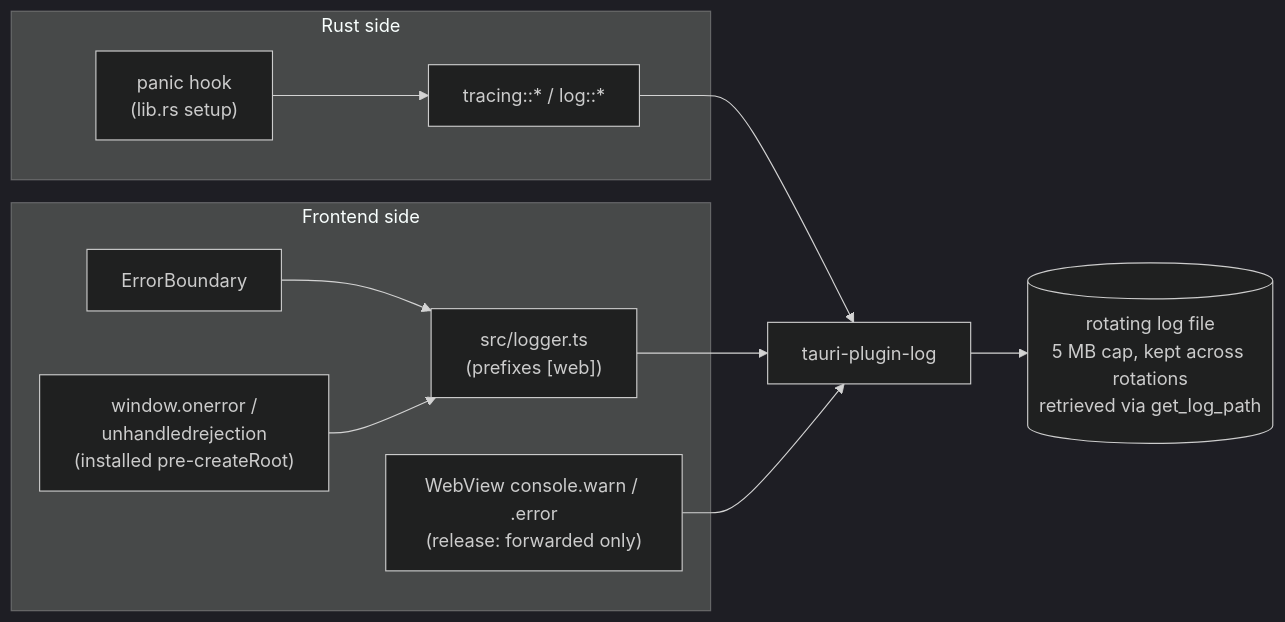
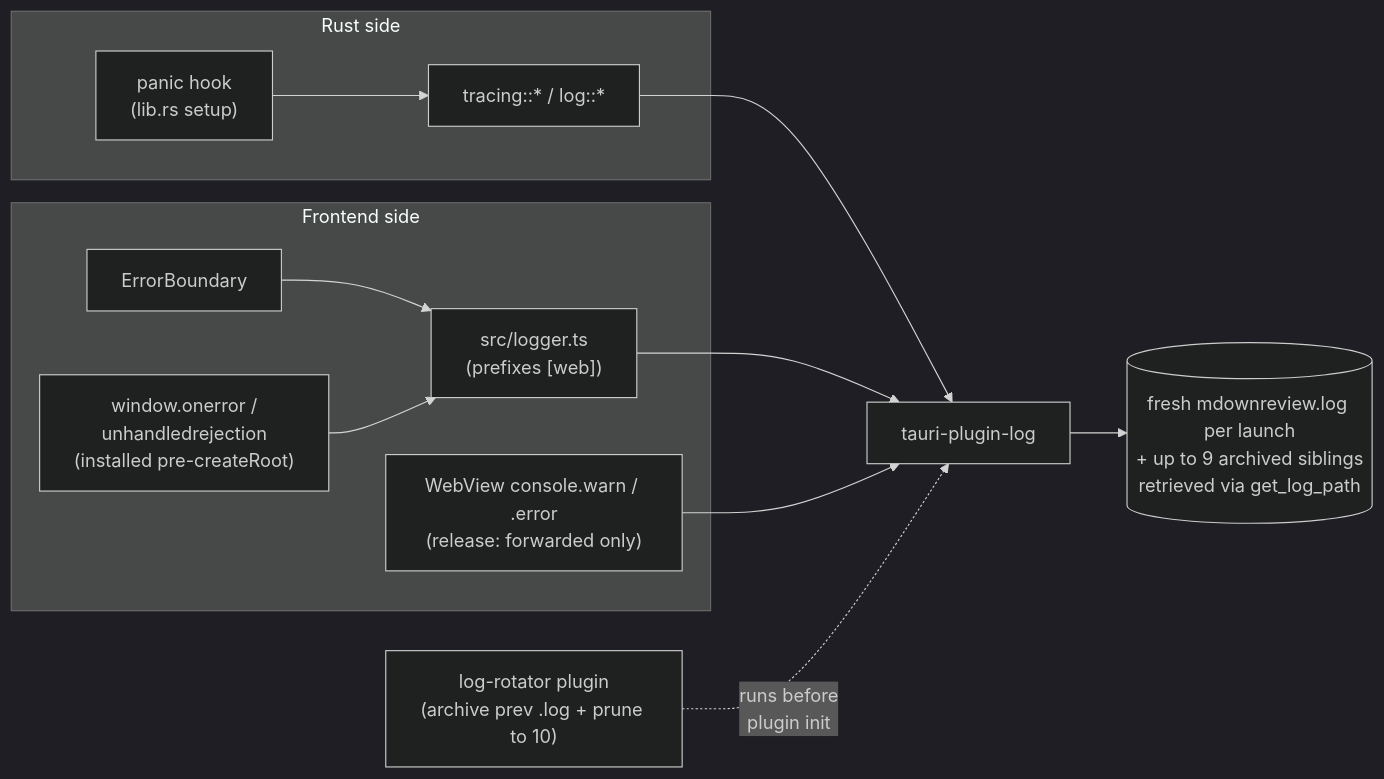
One commit to dryotta/mDown-reView changed the diagram in docs/features/logging.md. Above: the diagram before and after it, drawn with Mermaid (dark theme). The commit also changed other lines of this file and 2 other files, not shown here.

First line of the commit message:
feat: per-launch log archive + bounded retention

````diff
--- a/docs/features/logging.md
+++ b/docs/features/logging.md
@@ -15,20 +22,22 @@
 ```mermaid
 flowchart LR
     subgraph Rust["Rust side"]
       Tracing["tracing::* / log::*"]
       Panic["panic hook<br/>(lib.rs setup)"]
     end
     subgraph Front["Frontend side"]
       Logger["src/logger.ts<br/>(prefixes [web])"]
       EB["ErrorBoundary"]
       WinErr["window.onerror /<br/>unhandledrejection<br/>(installed pre-createRoot)"]
       Console["WebView console.warn / .error<br/>(release: forwarded only)"]
     end
+    Rotator["log-rotator plugin<br/>(archive prev .log + prune to 10)"]
     Panic --> Tracing
     Tracing --> Plugin["tauri-plugin-log"]
     Logger --> Plugin
     EB --> Logger
     WinErr --> Logger
     Console --> Plugin
-    Plugin --> File[("rotating log file<br/>5 MB cap, kept across rotations<br/>retrieved via get_log_path")]
+    Rotator -.->|runs before<br/>plugin init| Plugin
+    Plugin --> File[("fresh mdownreview.log per launch<br/>+ up to 9 archived siblings<br/>retrieved via get_log_path")]
 ```
````
